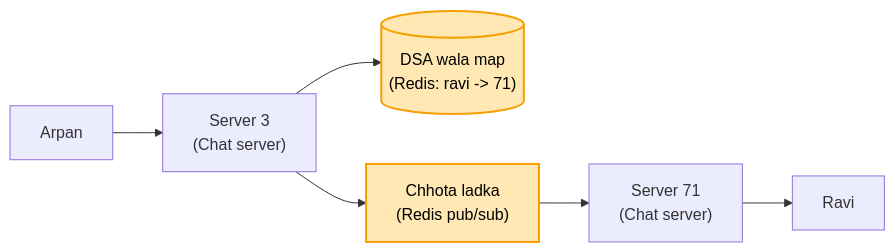
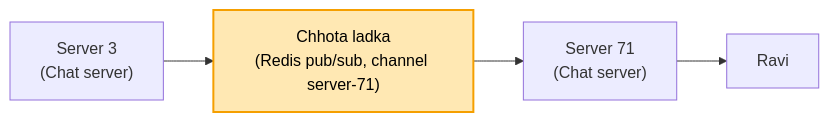
The fourth of 12 diagrams in 04_HLD/SYSTEM_DESIGNS/14_chat_messaging/14_chat_messaging.md (ArpanMaheshwari144/Prep), drawn with Mermaid before and after one commit. The commit also changed other lines of this file and 17 other files, not shown here.

Commit message:
HLD: 17 main files hand notes se milaye (har block alag section, kahani + asli naam, mermaid), technical naam bhi rakhe

````diff
--- a/04_HLD/SYSTEM_DESIGNS/14_chat_messaging/14_chat_messaging.md
+++ b/04_HLD/SYSTEM_DESIGNS/14_chat_messaging/14_chat_messaging.md
@@ -77,10 +89,7 @@
 ```mermaid
 flowchart LR
-    A["Arpan"] --> S3["Server 3<br/>(Chat server)"]
-    S3 --> M[("DSA wala map<br/>(Redis: ravi -> 71)")]
-    S3 --> L["Chhota ladka<br/>(Redis pub/sub)"]
+    S3["Server 3<br/>(Chat server)"] --> L["Chhota ladka<br/>(Redis pub/sub, channel server-71)"]
     L --> S71["Server 71<br/>(Chat server)"]
     S71 --> R["Ravi"]
-    style M fill:#ffe8b3,stroke:#f59f00,stroke-width:2px,color:#000
     style L fill:#ffe8b3,stroke:#f59f00,stroke-width:2px,color:#000
 ```
````
